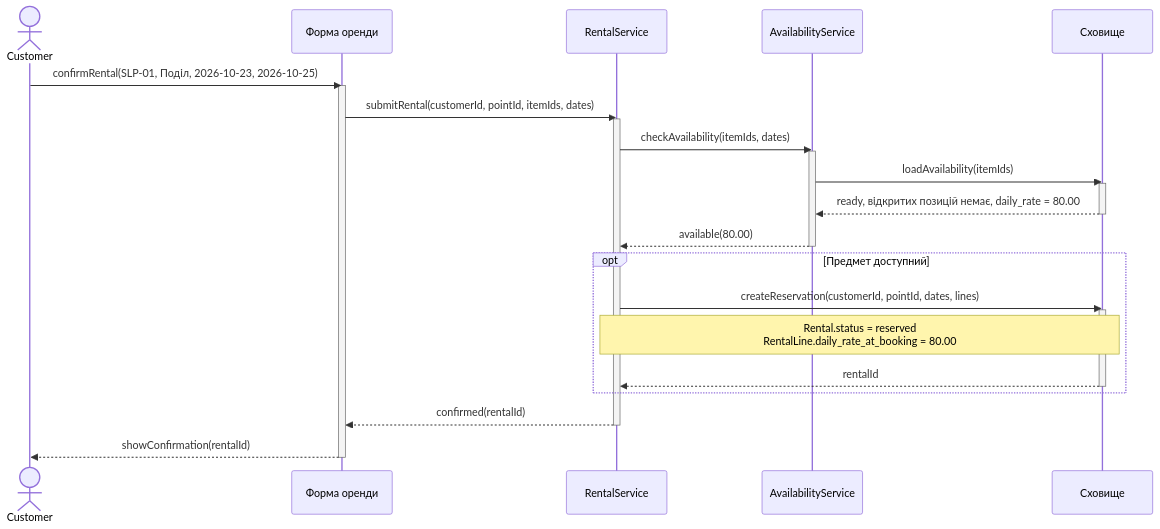
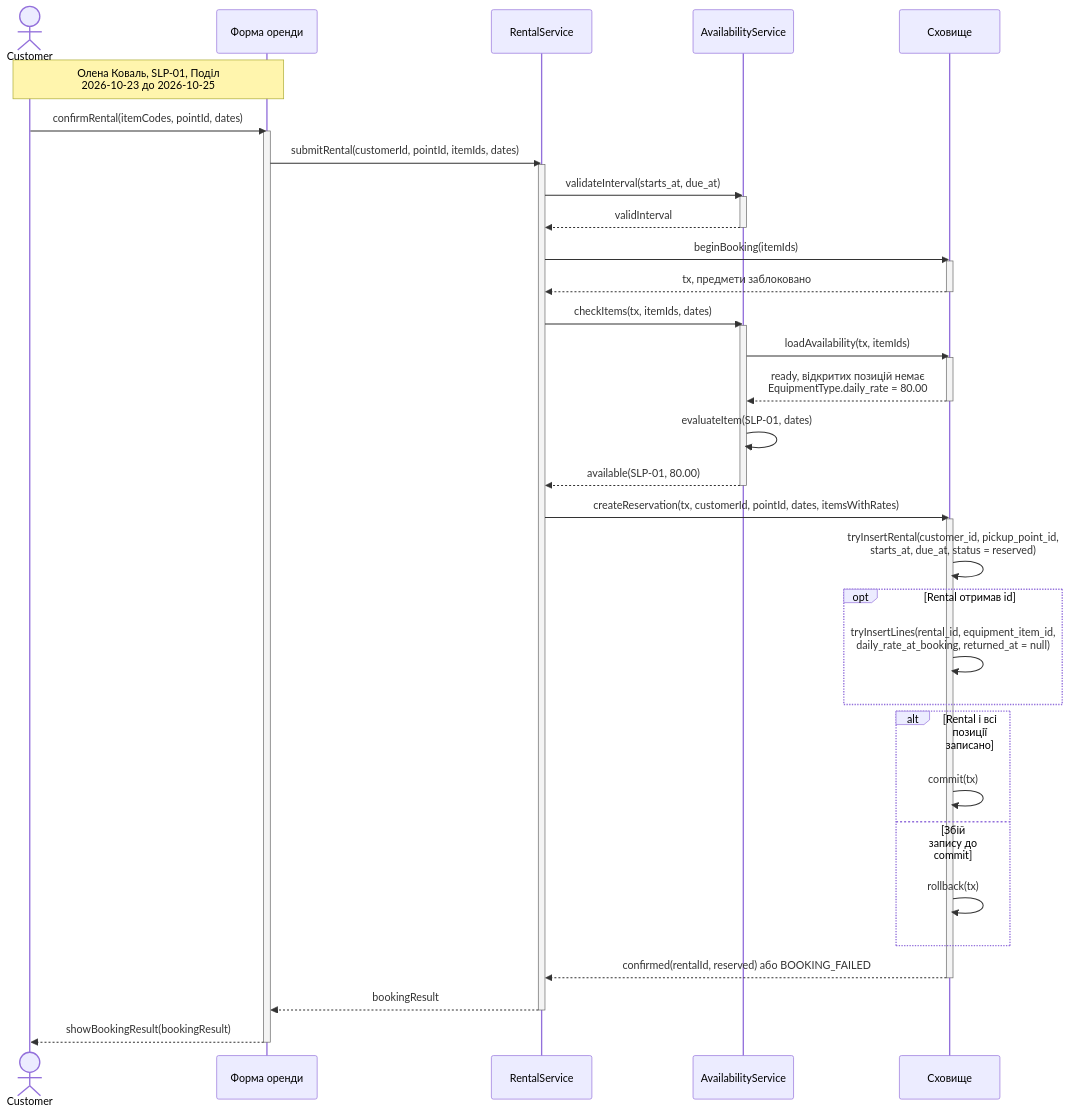
Before and after one commit to kirgafan/KPI_labs: the first of 6 diagrams in Labs/lab-3/model.md, drawn with Mermaid. The commit also changed other lines of this file, not shown here.

Commit message:
refactor(lab-3): regenerate sequences from audit feedback

````diff
--- a/Labs/lab-3/model.md
+++ b/Labs/lab-3/model.md
@@ -7,31 +13,47 @@
 ```mermaid
 sequenceDiagram
     actor C as Customer
     participant U as Форма оренди
     participant R as RentalService
     participant A as AvailabilityService
     participant S as Сховище
-    C->>U: confirmRental(SLP-01, Поділ, 2026-10-23, 2026-10-25)
+    Note over C,U: Олена Коваль, SLP-01, Поділ<br/>2026-10-23 до 2026-10-25
+    C->>U: confirmRental(itemCodes, pointId, dates)
     activate U
     U->>R: submitRental(customerId, pointId, itemIds, dates)
     activate R
-    R->>A: checkAvailability(itemIds, dates)
+    R->>A: validateInterval(starts_at, due_at)
     activate A
-    A->>S: loadAvailability(itemIds)
+    A-->>R: validInterval
+    deactivate A
+    R->>S: beginBooking(itemIds)
     activate S
-    S-->>A: ready, відкритих позицій немає, daily_rate = 80.00
+    S-->>R: tx, предмети заблоковано
     deactivate S
-    A-->>R: available(80.00)
+    R->>A: checkItems(tx, itemIds, dates)
+    activate A
+    A->>S: loadAvailability(tx, itemIds)
+    activate S
+    S-->>A: ready, відкритих позицій немає<br/>EquipmentType.daily_rate = 80.00
+    deactivate S
+    A->>A: evaluateItem(SLP-01, dates)
+    A-->>R: available(SLP-01, 80.00)
     deactivate A
-    opt Предмет доступний
-        R->>S: createReservation(customerId, pointId, dates, lines)
-        activate S
-        Note over R,S: Rental.status = reserved<br/>RentalLine.daily_rate_at_booking = 80.00
-        S-->>R: rentalId
-        deactivate S
+    R->>S: createReservation(tx, customerId, pointId, dates, itemsWithRates)
+    activate S
+    S->>S: tryInsertRental(customer_id, pickup_point_id,<br/>starts_at, due_at, status = reserved)
+    opt Rental отримав id
+        S->>S: tryInsertLines(rental_id, equipment_item_id,<br/>daily_rate_at_booking, returned_at = null)
     end
-    R-->>U: confirmed(rentalId)
+    alt Rental і всі позиції записано
+        S->>S: commit(tx)
+    else Збій запису до commit
+        S->>S: rollback(tx)
+    end
+    S-->>R: confirmed(rentalId, reserved) або BOOKING_FAILED
+    deactivate S
+    R-->>U: bookingResult
     deactivate R
-    U-->>C: showConfirmation(rentalId)
+    U-->>C: showBookingResult(bookingResult)
     deactivate U
 ```
````
